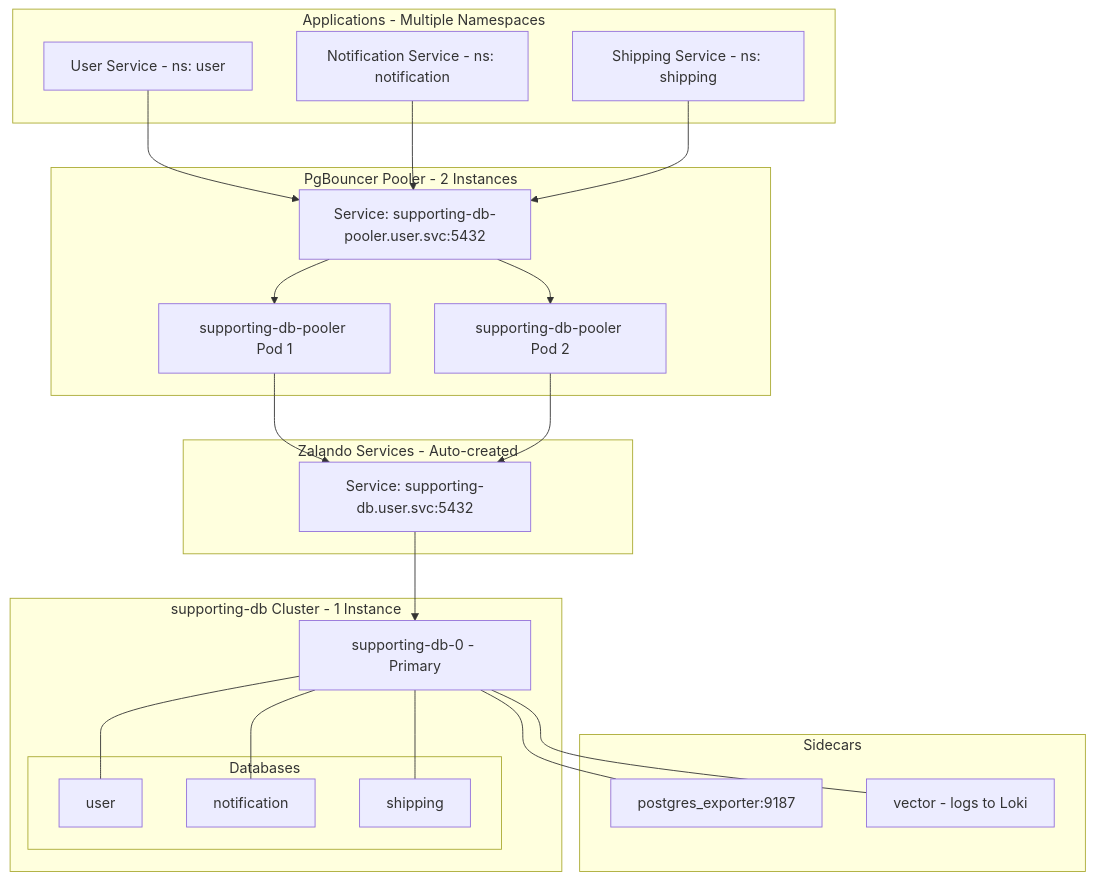
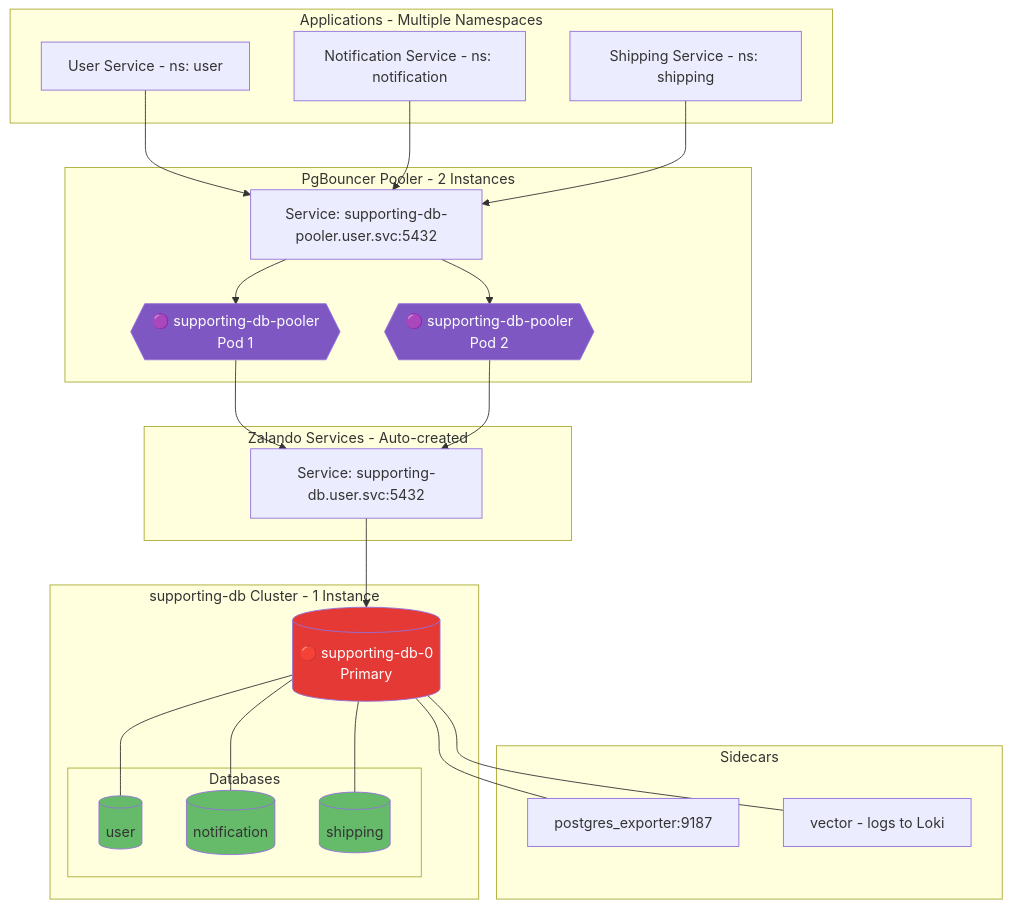
Before and after one commit to duynhlab/homelab: the second of 6 diagrams in kubernetes/infra/configs/databases/clusters/README.md, drawn with Mermaid. The commit also changed other lines of this file and 18 other files, not shown here.

````diff
--- a/kubernetes/infra/configs/databases/clusters/README.md
+++ b/kubernetes/infra/configs/databases/clusters/README.md
@@ -131,46 +144,53 @@
 ```mermaid
 flowchart TD
     subgraph Apps["Applications - Multiple Namespaces"]
         UserService["User Service - ns: user"]
         NotificationService["Notification Service - ns: notification"]
         ShippingService["Shipping Service - ns: shipping"]
     end
 
     subgraph Pooler["PgBouncer Pooler - 2 Instances"]
-        PgBouncer1["supporting-db-pooler Pod 1"]
-        PgBouncer2["supporting-db-pooler Pod 2"]
+        PgBouncer1{{"🟣 supporting-db-pooler<br/>Pod 1"}}
+        PgBouncer2{{"🟣 supporting-db-pooler<br/>Pod 2"}}
         PoolerSvc["Service: supporting-db-pooler.user.svc:5432"]
     end
 
     subgraph ZalandoSvc["Zalando Services - Auto-created"]
         DirectSvc["Service: supporting-db.user.svc:5432"]
     end
 
     subgraph Cluster["supporting-db Cluster - 1 Instance"]
-        Primary["supporting-db-0 - Primary"]
+        Primary[("🔴 supporting-db-0<br/>Primary")]
         subgraph Databases["Databases"]
-            UserDB["user"]
-            NotificationDB["notification"]
-            ShippingDB["shipping"]
+            UserDB[("user")]
+            NotificationDB[("notification")]
+            ShippingDB[("shipping")]
         end
     end
     
     subgraph Sidecars["Sidecars"]
         Exporter["postgres_exporter:9187"]
         Vector["vector - logs to Loki"]
     end
 
     UserService --> PoolerSvc
     NotificationService --> PoolerSvc
     ShippingService --> PoolerSvc
     PoolerSvc --> PgBouncer1
     PoolerSvc --> PgBouncer2
     PgBouncer1 --> DirectSvc
     PgBouncer2 --> DirectSvc
     DirectSvc --> Primary
     Primary --- UserDB
     Primary --- NotificationDB
     Primary --- ShippingDB
     Primary --- Exporter
     Primary --- Vector
+    
+    style Primary fill:#E53935,color:#fff
+    style UserDB fill:#66BB6A
+    style NotificationDB fill:#66BB6A
+    style ShippingDB fill:#66BB6A
+    style PgBouncer1 fill:#7E57C2,color:#fff
+    style PgBouncer2 fill:#7E57C2,color:#fff
 ```
````
